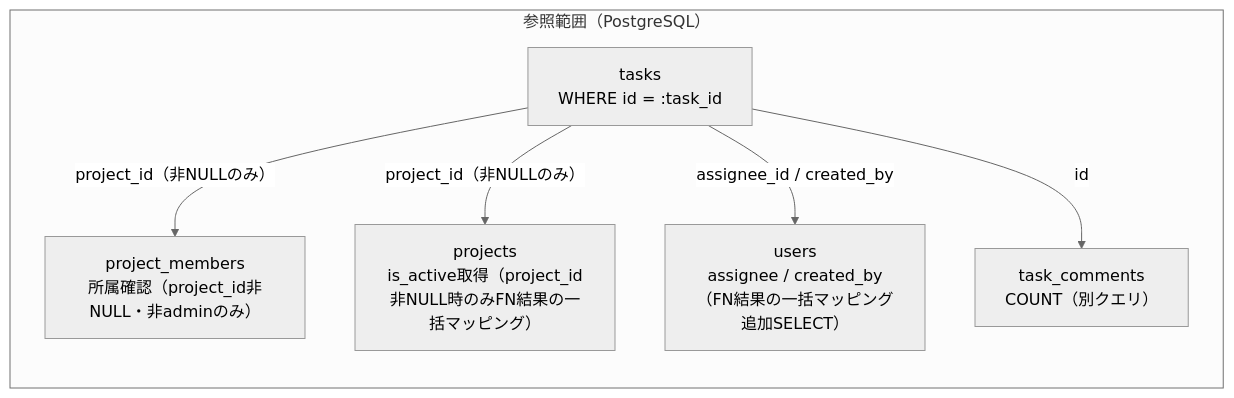
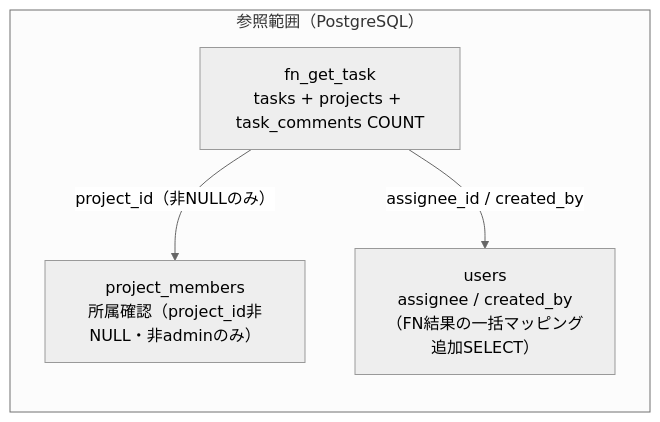
The fourth of 4 diagrams in docs/detailed_design/api/tasks/03_get_task.md (oikawa-d/task_management), drawn with Mermaid (neutral theme) before and after one commit. The commit also changed other lines of this file and 75 other files, not shown here.

````diff
--- a/docs/detailed_design/api/tasks/03_get_task.md
+++ b/docs/detailed_design/api/tasks/03_get_task.md
@@ -216,14 +208,10 @@
 ```mermaid
 flowchart LR
     subgraph read["参照範囲（PostgreSQL）"]
-        T["tasks<br/>WHERE id = :task_id"]
+        F["fn_get_task<br/>tasks + projects + task_comments COUNT"]
         U["users<br/>assignee / created_by（FN結果の一括マッピング追加SELECT）"]
-        P["projects<br/>is_active取得（project_id非NULL時のみFN結果の一括マッピング）"]
         PM["project_members<br/>所属確認（project_id非NULL・非adminのみ）"]
-        C["task_comments<br/>COUNT（別クエリ）"]
     end
-    T -->|"project_id（非NULLのみ）"| PM
-    T -->|"project_id（非NULLのみ）"| P
-    T -->|"assignee_id / created_by"| U
-    T -->|"id"| C
+    F -->|"project_id（非NULLのみ）"| PM
+    F -->|"assignee_id / created_by"| U
 ```
````
